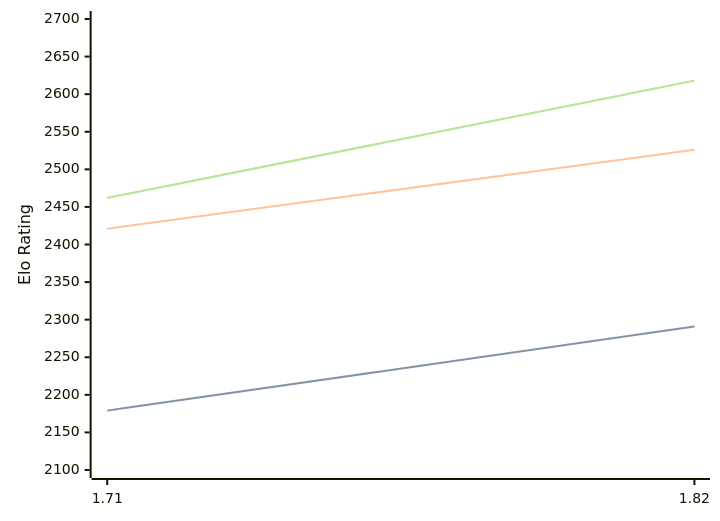
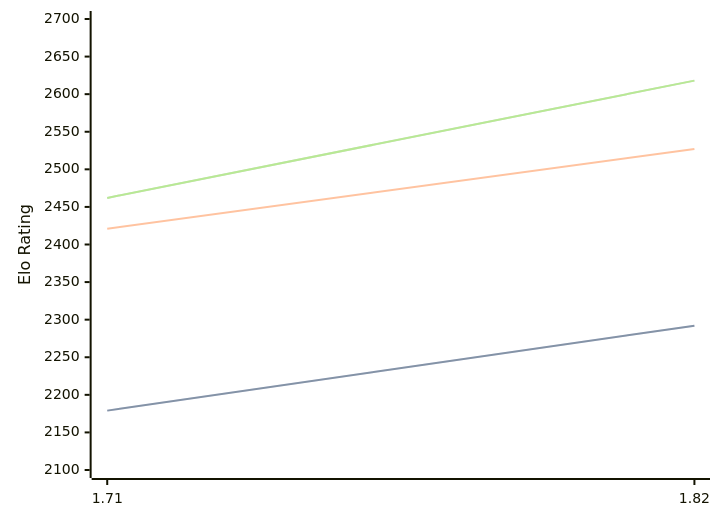
One commit to computer-chess-index/cci changed the third of 3 diagrams in engines/Amira.md. Above: the diagram before and after it, drawn with Mermaid. The commit also changed other lines of this file, not shown here.

````diff
--- a/engines/Amira.md
+++ b/engines/Amira.md
@@ -68,11 +68,11 @@
 ```mermaid
 %%{init: {"theme":"base","themeVariables":{"seriesColors:['#a3a3a3','#222221','#faa371']}}}%%
 xychart-beta
   x-axis ["1.71", "1.82"]
   y-axis "Elo Rating" 2100 --> 2700
-  line "STC (8.0+0.08s)" [2179, 2291]
-  line "STC (8.0+0.08s)" [2179, 2291]
-  line "LTC (60.0+0.60s)" [2421, 2526]
+  line "STC (8.0+0.08s)" [2179, 2292]
+  line "STC (8.0+0.08s)" [2179, 2292]
+  line "LTC (60.0+0.60s)" [2421, 2527]
   line "VLTC (2m24s+1.12s)" [2462, 2618]
   line "VLTC (2m24s+1.12s)" [2462, 2618]
 ```
````
